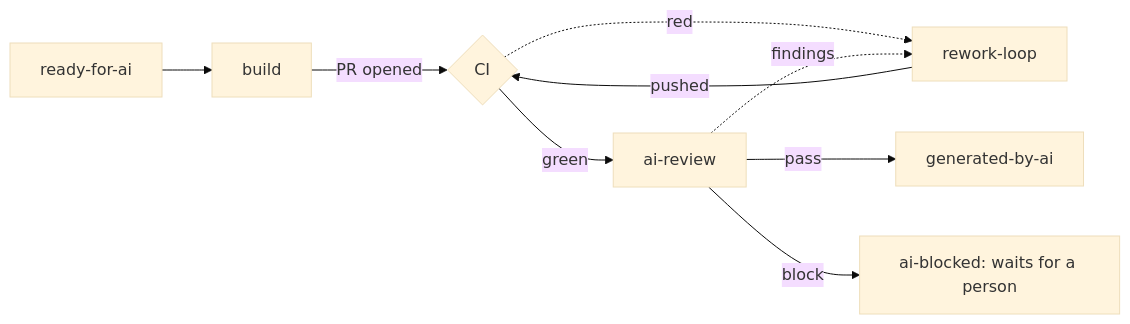
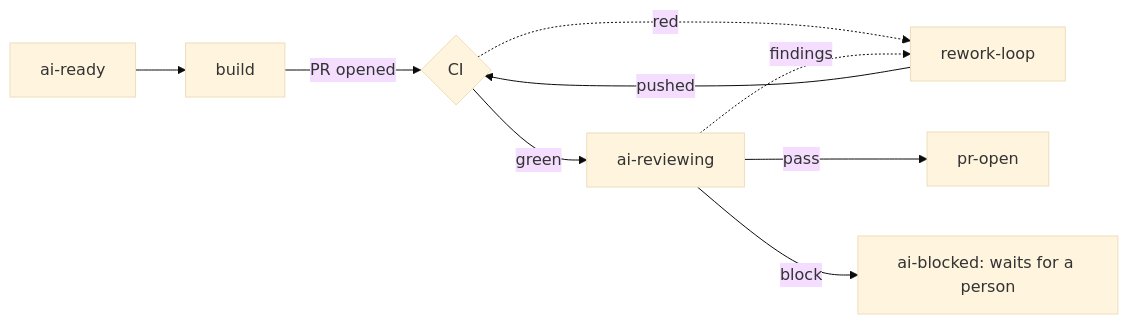
Before and after one commit to hifi-phil/umbraco-mcp-ops: the diagram in docs/agent-orchestration/15-agent-splits.md, drawn with Mermaid (base theme). The commit also changed other lines of this file and 85 other files, not shown here.

````diff
--- a/docs/agent-orchestration/15-agent-splits.md
+++ b/docs/agent-orchestration/15-agent-splits.md
@@ -41,11 +41,11 @@
 ```mermaid
 flowchart LR
-  ready[ready-for-ai] --> build[build]
+  ready[ai-ready] --> build[build]
   build -- PR opened --> ci{CI}
   ci -. red .-> rework[rework-loop]
-  ci -- green --> review[ai-review]
-  review -- pass --> done[generated-by-ai]
+  ci -- green --> review[ai-reviewing]
+  review -- pass --> done[pr-open]
   review -. findings .-> rework
   rework -- pushed --> ci
   review -- block --> blocked[ai-blocked: waits for a person]
 ```
````
